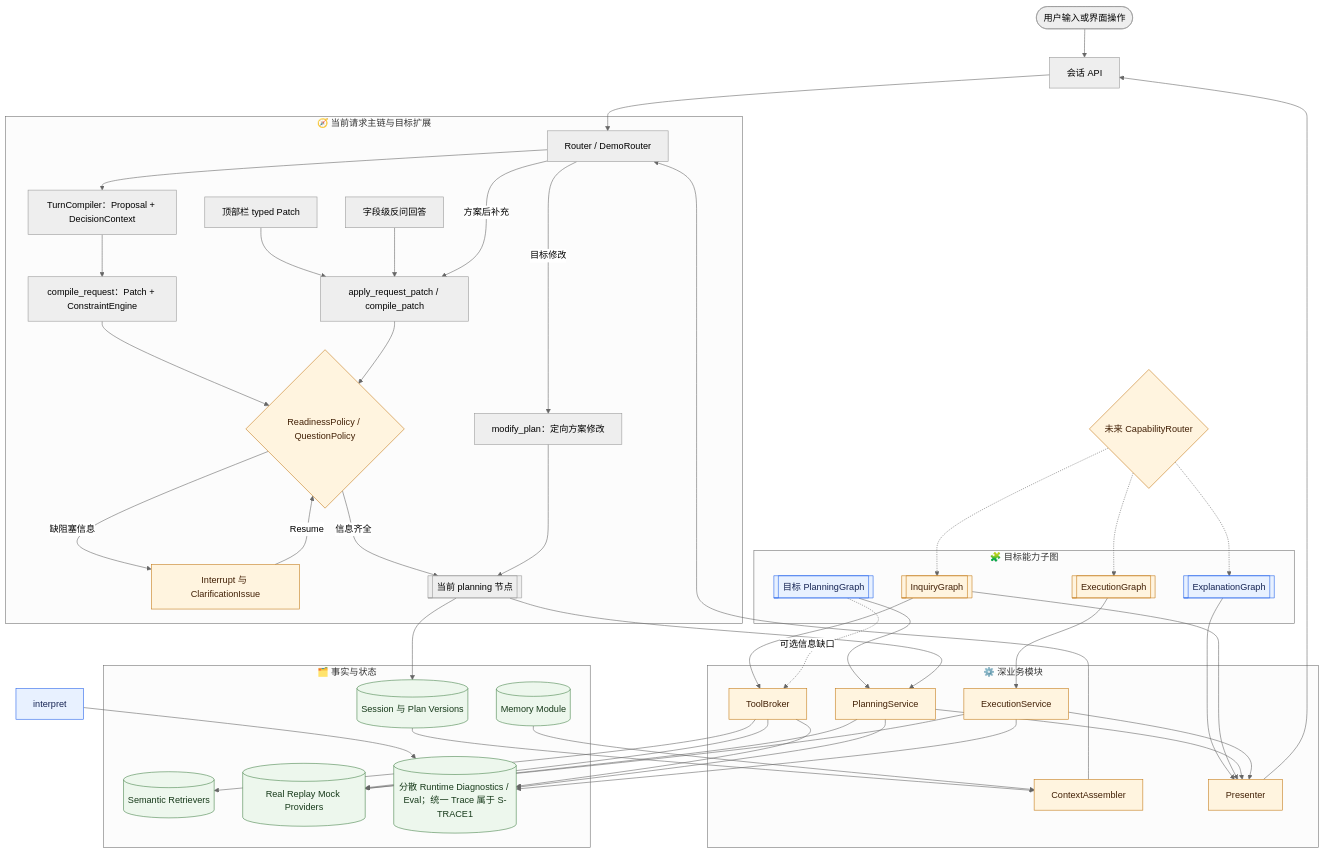
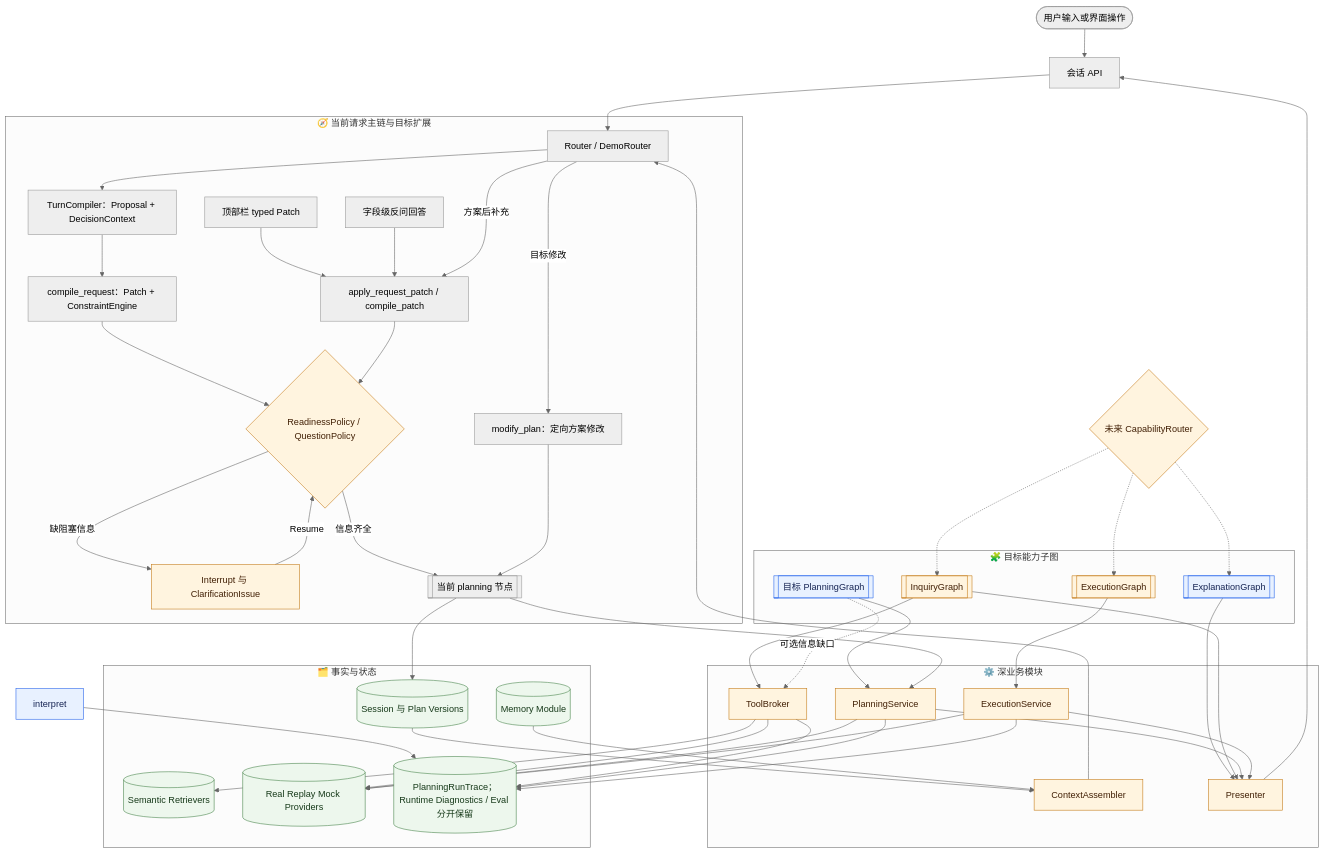
Before and after one commit to Weekend-Agent-Studio/happyFreeTime: the first of 4 diagrams in docs/canonical/architecture_v2.md, drawn with Mermaid (neutral theme). The commit also changed other lines of this file and 4 other files, not shown here.

Commit message:
docs: finalize planning trace experience

```diff
--- a/docs/canonical/architecture_v2.md
+++ b/docs/canonical/architecture_v2.md
@@ -168,7 +168,7 @@
         memory_store[(Memory Module)]
         retrievers[(Semantic Retrievers)]
         providers[(Real Replay Mock Providers)]
-        trace[(分散 Runtime Diagnostics / Eval；统一 Trace 属于 S-TRACE1)]
+        trace[(PlanningRunTrace；Runtime Diagnostics / Eval 分开保留)]
     end
 
     api --> router
```
